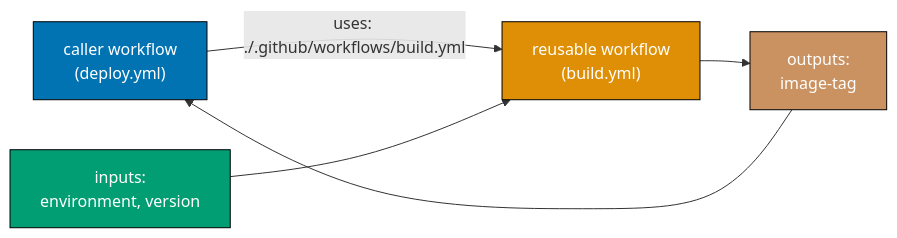
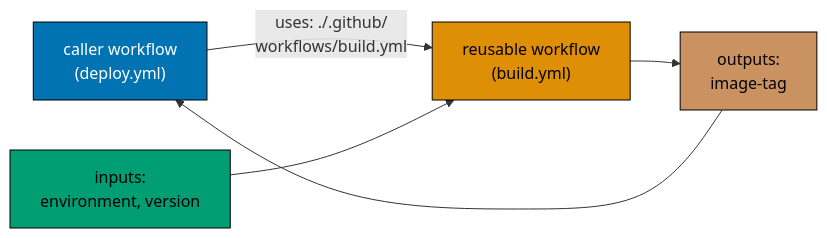
Before and after one commit to wahidyankf/ose-public: the seventh of 9 diagrams in apps/ayokoding-www/content/en/learn/legacy/software-engineering/automation-tools/github-actions/by-example/intermediate.md, drawn with Mermaid. The commit also changed other lines of this file and 131 other files, not shown here.

First line of the commit message:
fix(mermaid): bring the legacy data, infrastructure, and testing diagrams onto the accessible palette

````diff
--- a/apps/ayokoding-www/content/en/learn/legacy/software-engineering/automation-tools/github-actions/by-example/intermediate.md
+++ b/apps/ayokoding-www/content/en/learn/legacy/software-engineering/automation-tools/github-actions/by-example/intermediate.md
@@ -1424,18 +1463,25 @@
 ```mermaid
 %% Color Palette: Blue #0173B2, Orange #DE8F05, Teal #029E73, Purple #CC78BC, Brown #CA9161
 graph LR
+    accTitle: Example 49: workflowcall Trigger
+    accDescr: Graph with 4 nodes and 4 connections. Nodes: caller workflow (deploy.yml), reusable workflow (build.yml), inputs: environment, version, outputs: image-tag. Connections: caller workflow (deploy.yml) to reusable workflow (build.yml) (uses: ./.github/ workflows/build.yml), inputs: environment, version to reusable workflow (build.yml), reusable workflow (build.yml) to outputs: image-tag, outputs: image-tag to caller workflow (deploy.yml).
     CALLER["caller workflow<br/>(deploy.yml)"]
     CALLED["reusable workflow<br/>(build.yml)"]
     INP["inputs:<br/>environment, version"]
     OUT["outputs:<br/>image-tag"]
 
-    CALLER -->|uses: ./.github/workflows/build.yml| CALLED
+    CALLER -->|uses: ./.github/<br/>workflows/build.yml| CALLED
     INP --> CALLED
     CALLED --> OUT
     OUT --> CALLER
 
-    style CALLER fill:#0173B2,stroke:#000,color:#fff
-    style CALLED fill:#DE8F05,stroke:#000,color:#fff
-    style INP fill:#029E73,stroke:#000,color:#fff
-    style OUT fill:#CA9161,stroke:#000,color:#fff
+    classDef pal-0173B2 fill:#0173B2,stroke:#000000,color:#FFFFFF
+    class CALLER pal-0173B2
+    classDef pal-DE8F05 fill:#DE8F05,stroke:#000000,color:#000000
+    class CALLED pal-DE8F05
+    classDef pal-029E73 fill:#029E73,stroke:#000000,color:#000000
+    class INP pal-029E73
+    classDef pal-CA9161 fill:#CA9161,stroke:#000000,color:#000000
+    class OUT pal-CA9161
+    classDef default fill:#FFFFFF,stroke:#000000,color:#000000
 ```
````
